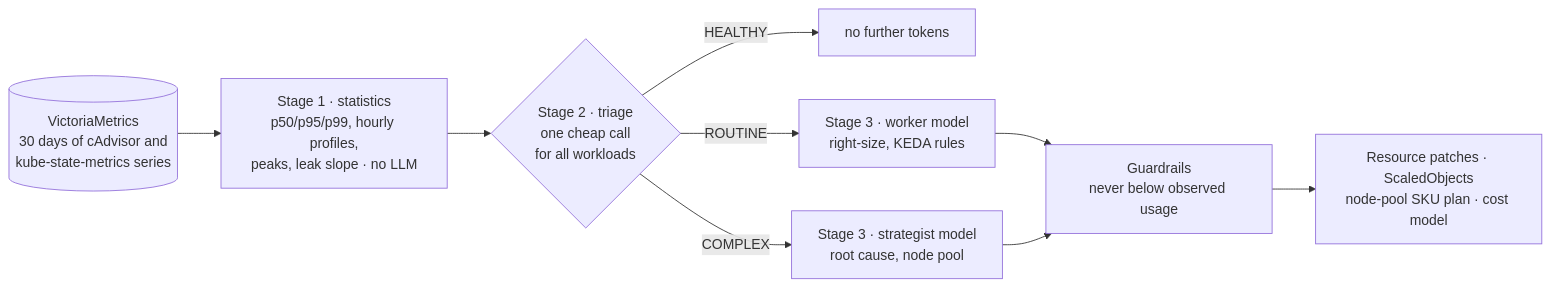
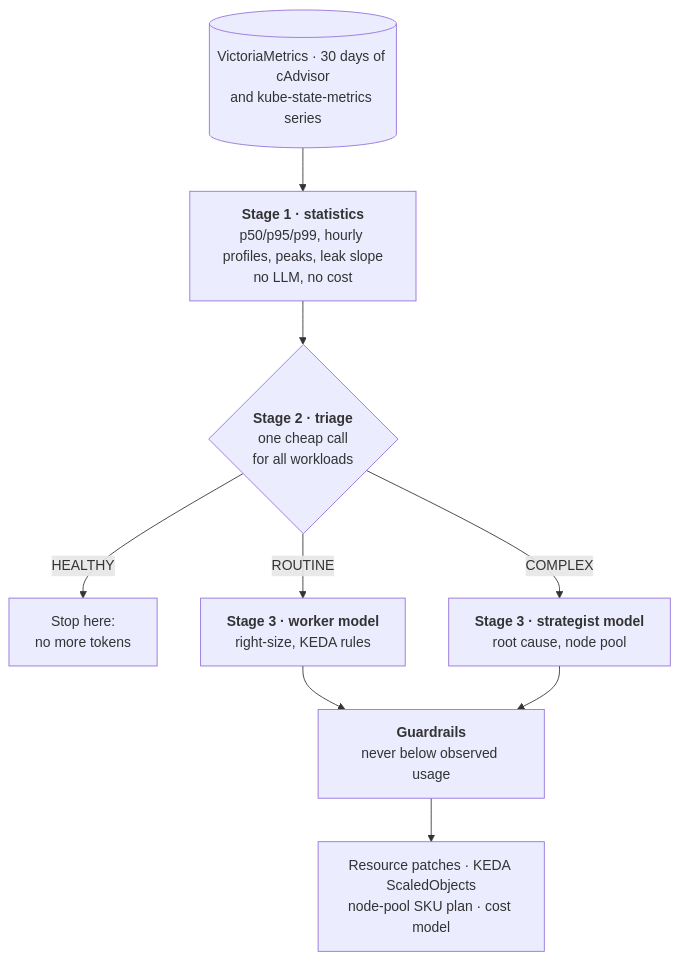
Before and after one commit to manupawickramasinghe/kubesage: the first of 2 diagrams in README.md, drawn with Mermaid. The commit also changed other lines of this file, not shown here.

Commit message:
README: diagrams that read at the page's width

````diff
--- a/README.md
+++ b/README.md
@@ -101,11 +101,11 @@
 ```mermaid
-flowchart LR
-    M[("VictoriaMetrics<br/>30 days of cAdvisor and<br/>kube-state-metrics series")] --> S1["Stage 1 · statistics<br/>p50/p95/p99, hourly profiles,<br/>peaks, leak slope · no LLM"]
-    S1 --> S2{"Stage 2 · triage<br/>one cheap call<br/>for all workloads"}
-    S2 -- HEALTHY --> STOP["no further tokens"]
-    S2 -- ROUTINE --> W["Stage 3 · worker model<br/>right-size, KEDA rules"]
-    S2 -- COMPLEX --> ST["Stage 3 · strategist model<br/>root cause, node pool"]
-    W --> G["Guardrails<br/>never below observed usage"]
+flowchart TB
+    M[("VictoriaMetrics · 30 days of cAdvisor<br/>and kube-state-metrics series")] --> S1["<b>Stage 1 · statistics</b><br/>p50/p95/p99, hourly profiles, peaks, leak slope<br/>no LLM, no cost"]
+    S1 --> S2{"<b>Stage 2 · triage</b><br/>one cheap call<br/>for all workloads"}
+    S2 -- HEALTHY --> STOP["Stop here:<br/>no more tokens"]
+    S2 -- ROUTINE --> W["<b>Stage 3 · worker model</b><br/>right-size, KEDA rules"]
+    S2 -- COMPLEX --> ST["<b>Stage 3 · strategist model</b><br/>root cause, node pool"]
+    W --> G["<b>Guardrails</b><br/>never below observed usage"]
     ST --> G
-    G --> OUT["Resource patches · ScaledObjects<br/>node-pool SKU plan · cost model"]
+    G --> OUT["Resource patches · KEDA ScaledObjects<br/>node-pool SKU plan · cost model"]
 ```
````
